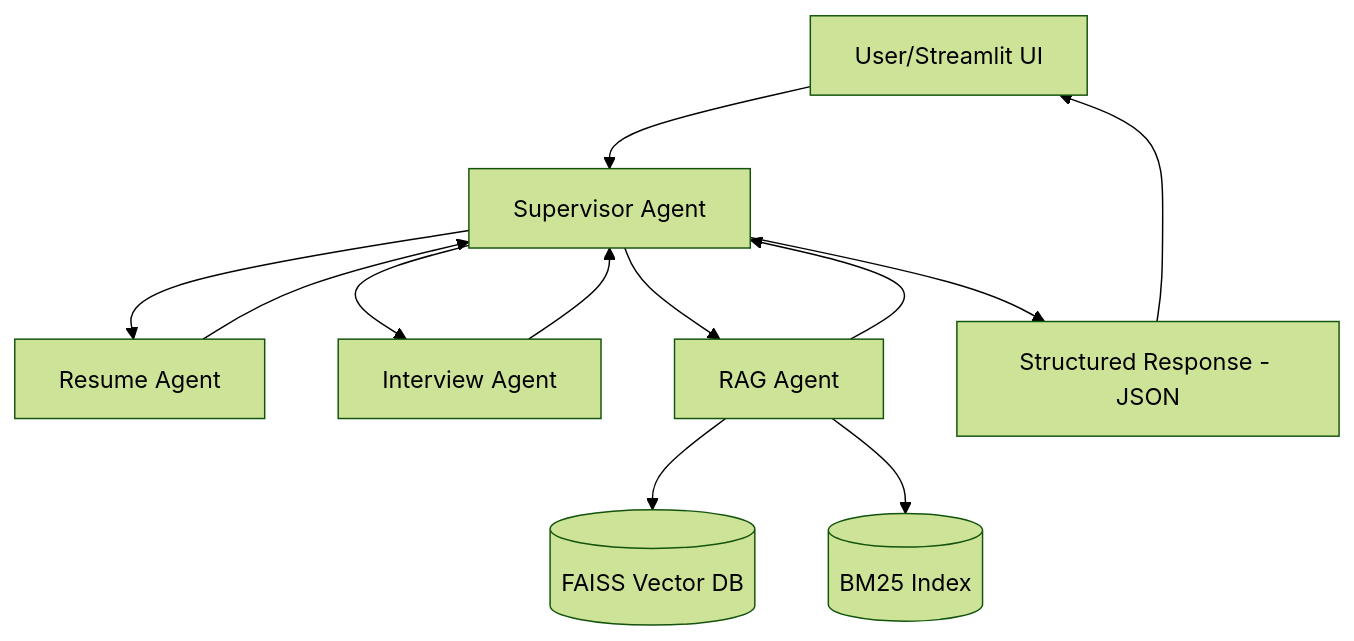
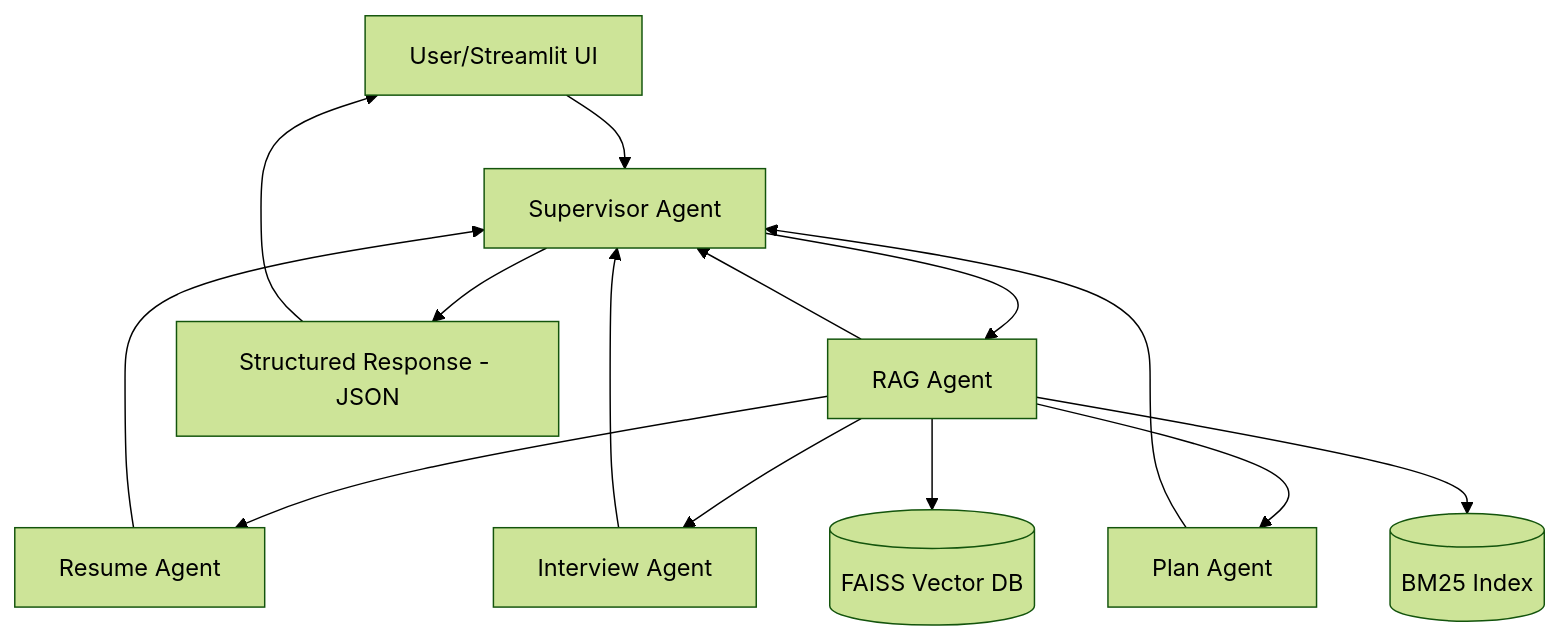
Before and after one commit to skax-hisover/AI-BootCamp: the first of 2 diagrams in docs/step2_planning_design.md, drawn with Mermaid (forest theme). The commit also changed other lines of this file and 22 other files, not shown here.

````diff
--- a/docs/step2_planning_design.md
+++ b/docs/step2_planning_design.md
@@ -144,14 +154,16 @@
 ```mermaid
 flowchart TD
     U[User/Streamlit UI] --> S[Supervisor Agent]
-    S --> R1[Resume Agent]
-    S --> I1[Interview Agent]
     S --> G1[RAG Agent]
+    G1 --> R1[Resume Agent]
+    G1 --> I1[Interview Agent]
+    G1 --> P1[Plan Agent]
     G1 --> V[(FAISS Vector DB)]
     G1 --> B[(BM25 Index)]
     R1 --> S
     I1 --> S
+    P1 --> S
     G1 --> S
     S --> O["Structured Response - JSON"]
     O --> U
 ```
````
